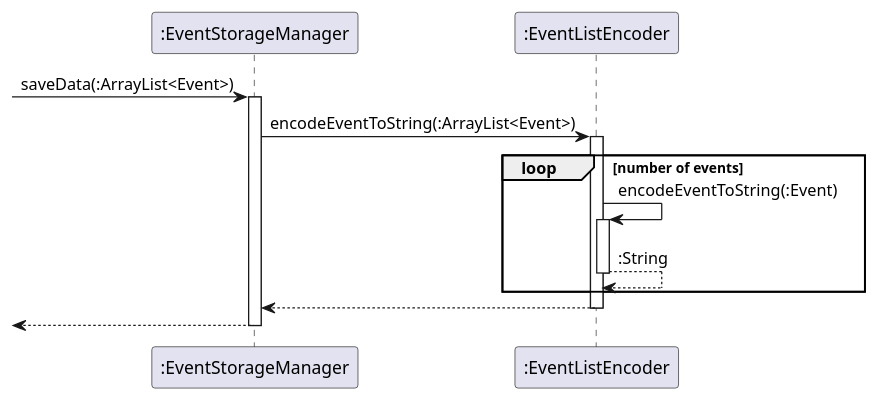
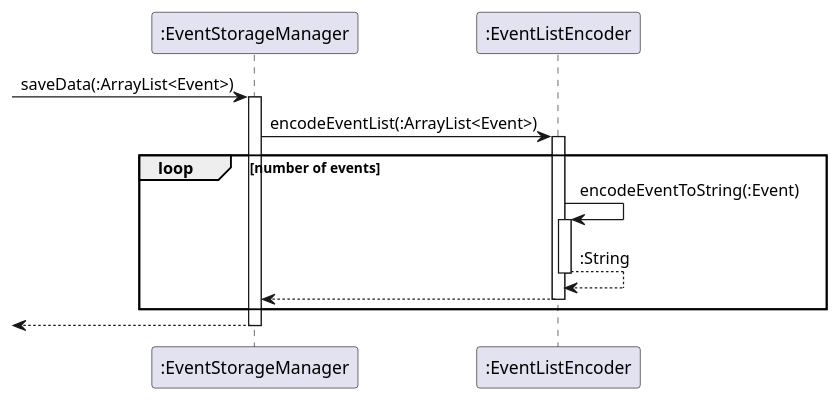
One commit to untitle4/tp changed the diagram in docs/plantuml/EventStorageSaveSequence.puml. Above: the diagram before and after it, drawn with PlantUML. The commit also changed 1 other file, not shown here.

```diff
--- a/docs/plantuml/EventStorageSaveSequence.puml
+++ b/docs/plantuml/EventStorageSaveSequence.puml
@@ -1,20 +1,19 @@
 @startuml
 
 -> ":EventStorageManager" : saveData(:ArrayList<Event>)
 activate ":EventStorageManager"
-":EventStorageManager" -> ":EventListEncoder" : encodeEventToString(:ArrayList<Event>)
+":EventStorageManager" -> ":EventListEncoder" : encodeEventList(:ArrayList<Event>)
 activate ":EventListEncoder"
 
 loop number of events
 ":EventListEncoder" -> ":EventListEncoder" : encodeEventToString(:Event)
 activate ":EventListEncoder"
 ":EventListEncoder" --> ":EventListEncoder" : :String
 deactivate ":EventListEncoder"
-end loop
-
 ":EventListEncoder" --> ":EventStorageManager"
 deactivate ":EventListEncoder"
+end loop
 <-- ":EventStorageManager"
 deactivate ":EventStorageManager"
 
 @enduml
```
